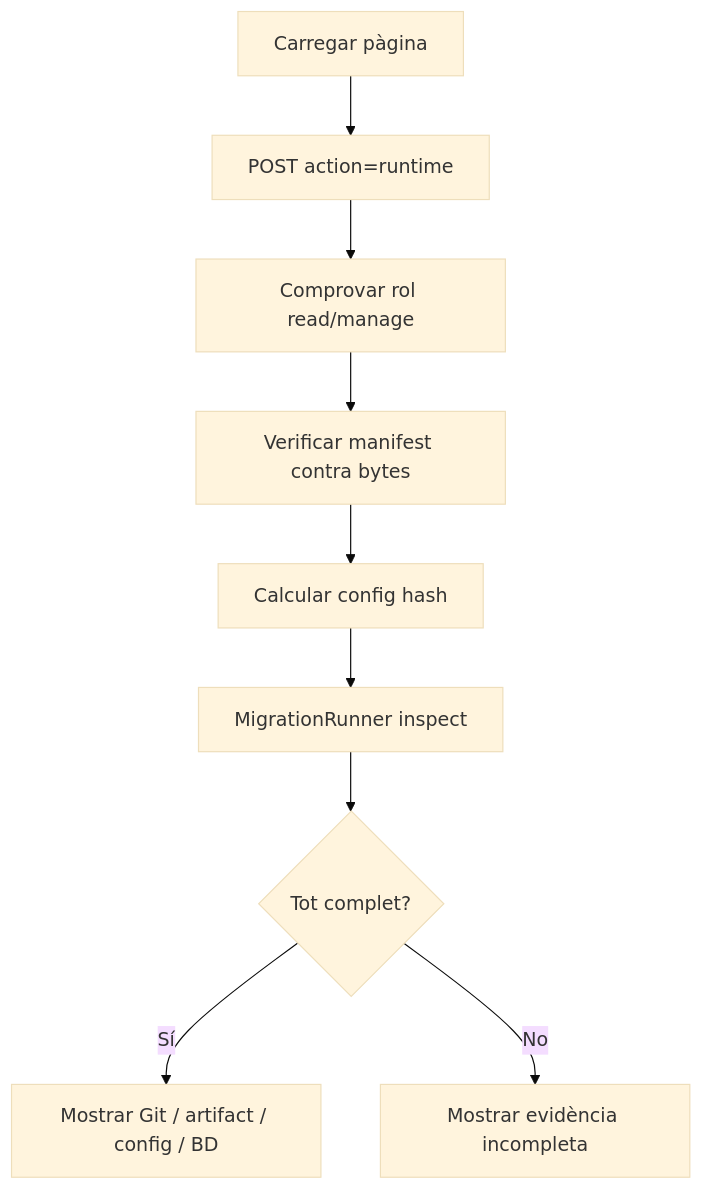
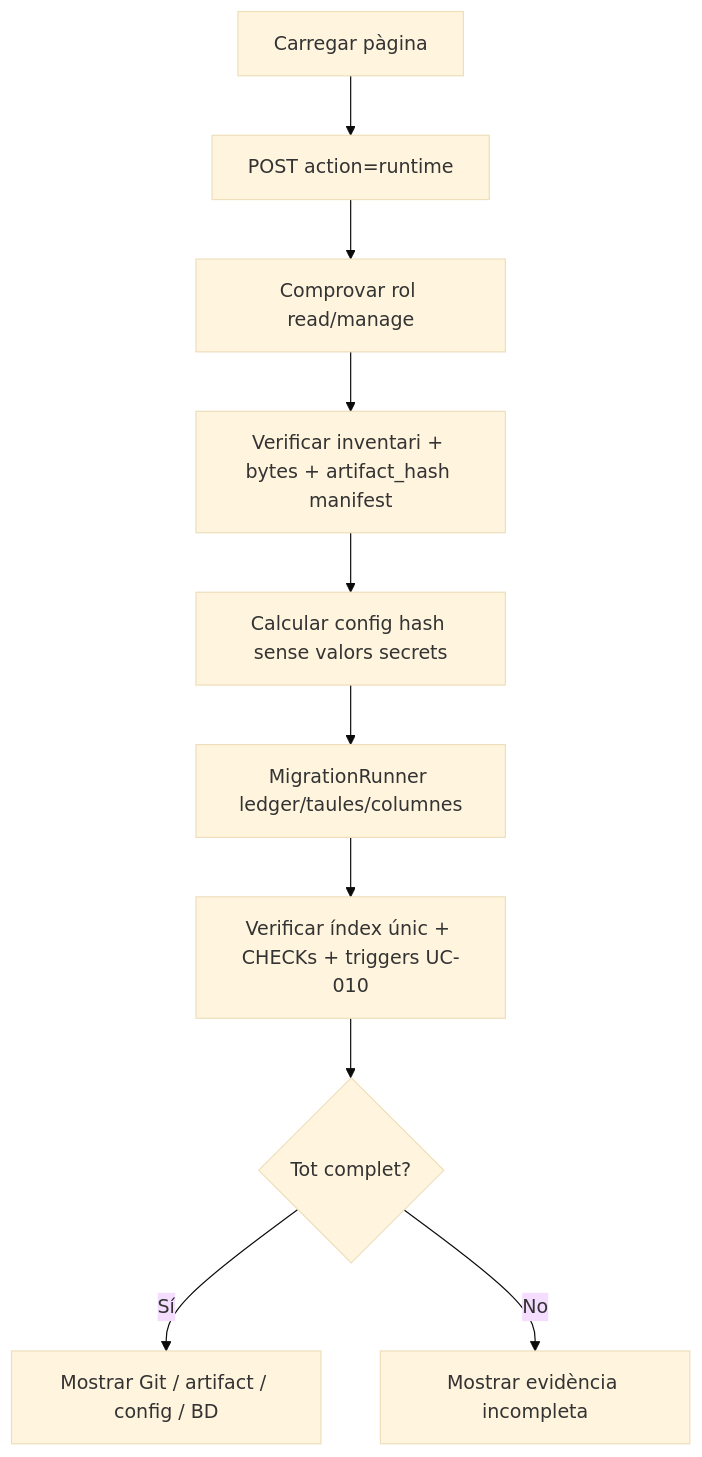
One commit to orgmeriemprismacat-del/verifactu changed the third of 11 diagrams in documentacio/07-uml-integrat/uc-010-activitats-pagines-actual-final.md. Above: the diagram before and after it, drawn with Mermaid (base theme). The commit also changed other lines of this file, not shown here.

````diff
--- a/documentacio/07-uml-integrat/uc-010-activitats-pagines-actual-final.md
+++ b/documentacio/07-uml-integrat/uc-010-activitats-pagines-actual-final.md
@@ -48,11 +51,12 @@
 ```mermaid
 flowchart TD
 A[Carregar pàgina] --> B[POST action=runtime]
 B --> C[Comprovar rol read/manage]
-C --> D[Verificar manifest contra bytes]
-D --> E[Calcular config hash]
-E --> F[MigrationRunner inspect]
-F --> G{Tot complet?}
+C --> D[Verificar inventari + bytes + artifact_hash manifest]
+D --> E[Calcular config hash sense valors secrets]
+E --> F[MigrationRunner ledger/taules/columnes]
+F --> F2[Verificar índex únic + CHECKs + triggers UC-010]
+F2 --> G{Tot complet?}
 G -->|Sí| H[Mostrar Git / artifact / config / BD]
 G -->|No| I[Mostrar evidència incompleta]
 ```
````
